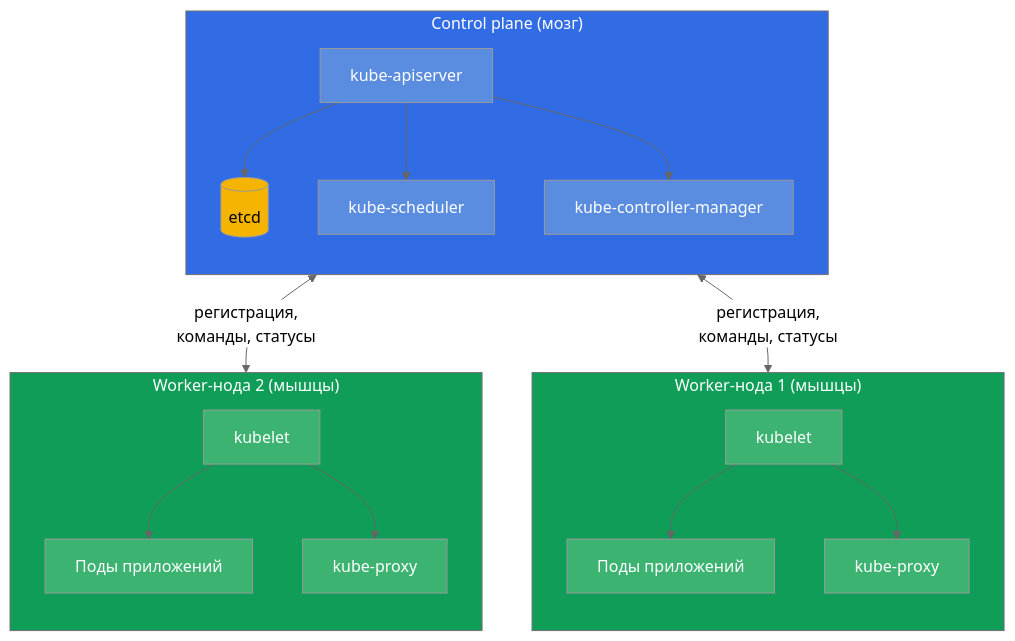
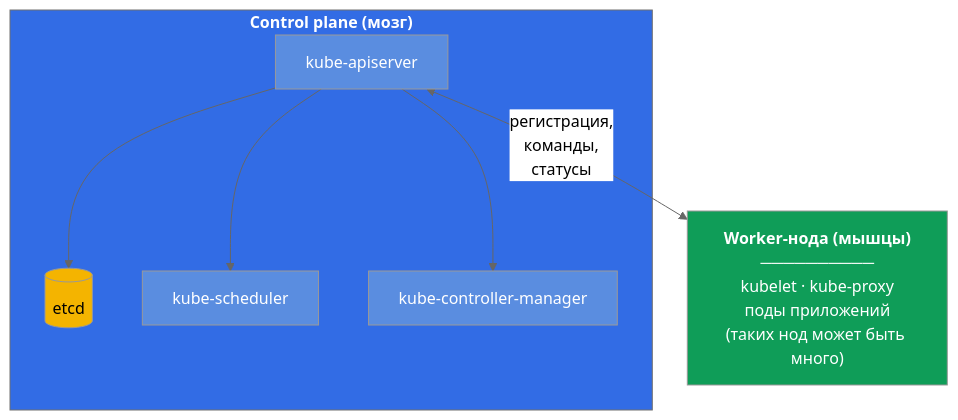
Before and after one commit to ViktorUJ/cks: the first of 7 diagrams in tasks/cka/course/02/ru.md, drawn with Mermaid (neutral theme). The commit also changed other lines of this file and 10 other files, not shown here.

````diff
--- a/tasks/cka/course/02/ru.md
+++ b/tasks/cka/course/02/ru.md
@@ -22,34 +24,20 @@
 ```mermaid
 flowchart TB
-    subgraph CP["Control plane (мозг)"]
-        direction TB
-        api["kube-apiserver"] --> etcd[("etcd")]
-        api --> sched["kube-scheduler"]
-        api --> cm["kube-controller-manager"]
+    subgraph CP["<b>Control plane (мозг)</b>"]
+        api["kube-apiserver"]
+        etcd[("etcd")]
+        sched["kube-scheduler"]
+        cm["kube-controller-manager"]
+        api --> etcd
+        api --> sched
+        api --> cm
     end
-    subgraph W1["Worker-нода 1 (мышцы)"]
-        direction TB
-        k1["kubelet"] --> pods1["Поды приложений"]
-        k1 --> p1["kube-proxy"]
-    end
-    subgraph W2["Worker-нода 2 (мышцы)"]
-        direction TB
-        k2["kubelet"] --> pods2["Поды приложений"]
-        k2 --> p2["kube-proxy"]
-    end
-    api <-->|"регистрация,<br>команды, статусы"| k1
-    api <-->|"регистрация,<br>команды, статусы"| k2
+    w1["<b>Worker-нода (мышцы)</b><br>──────────<br>kubelet · kube-proxy<br>поды приложений<br>(таких нод может быть много)"]
+    api <-->|"регистрация,<br>команды,<br>статусы"| w1
     style CP fill:#326ce5,color:#fff
-    style W1 fill:#0f9d58,color:#fff
-    style W2 fill:#0f9d58,color:#fff
     style api fill:#5a8de0,color:#fff
     style etcd fill:#f4b400,color:#000
     style sched fill:#5a8de0,color:#fff
     style cm fill:#5a8de0,color:#fff
-    style k1 fill:#3cb371,color:#fff
-    style p1 fill:#3cb371,color:#fff
-    style pods1 fill:#3cb371,color:#fff
-    style k2 fill:#3cb371,color:#fff
-    style p2 fill:#3cb371,color:#fff
-    style pods2 fill:#3cb371,color:#fff
+    style w1 fill:#0f9d58,color:#fff
 ```
````
